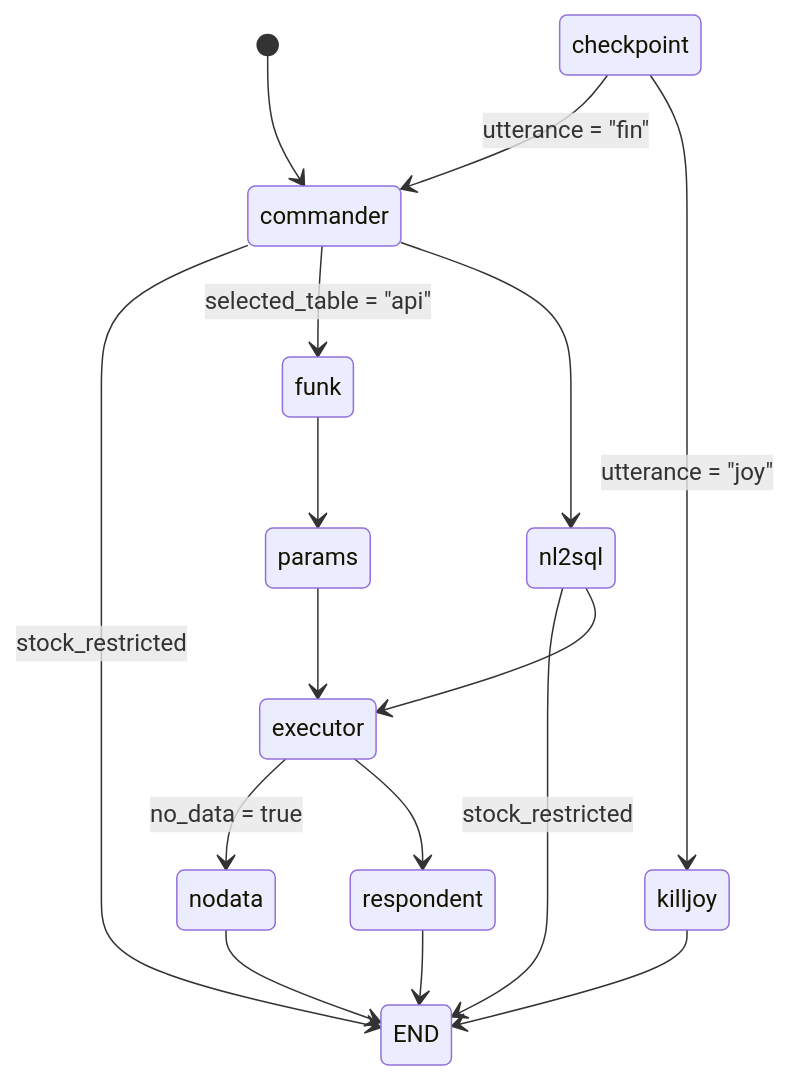
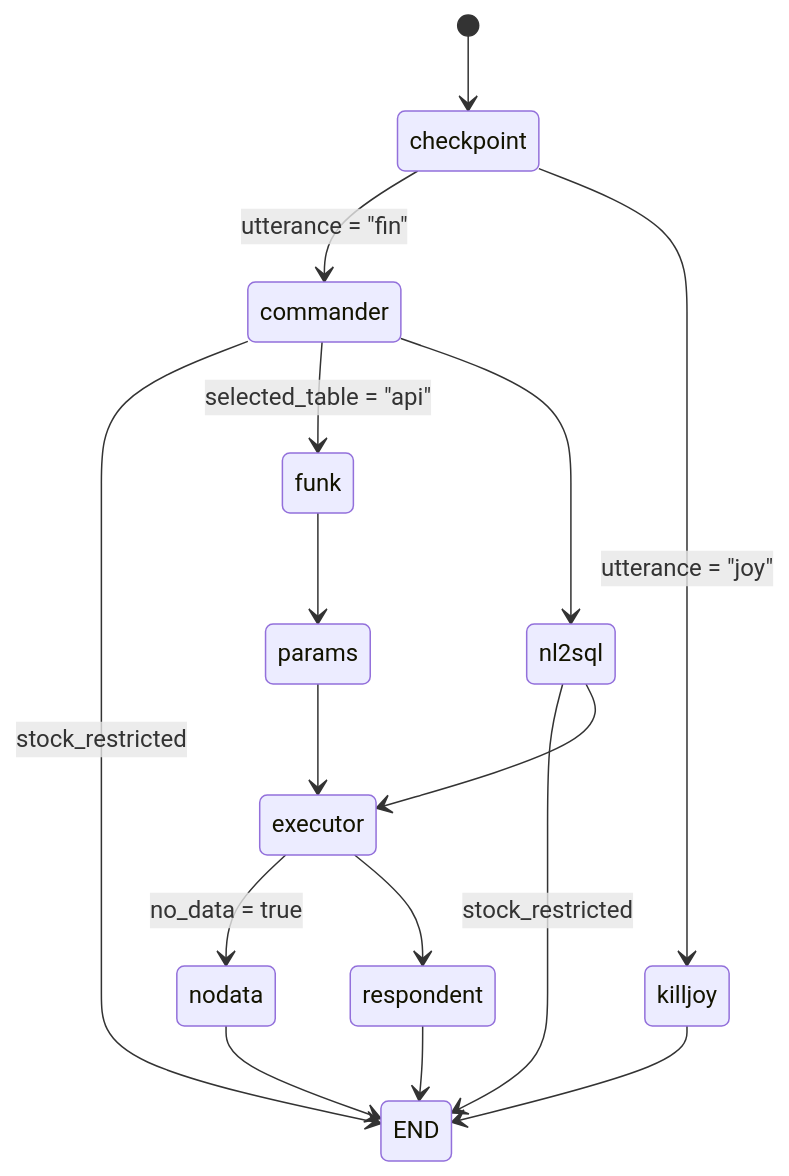
One commit to kangbw0420/QUVI changed the diagram in README.md. Above: the diagram before and after it, drawn with Mermaid.

Commit message:
viewtable trying33333._was

````diff
--- a/README.md
+++ b/README.md
@@ -7,24 +7,24 @@
 ```mermaid
 stateDiagram-v2
-    [*] --> commander
+    [*] --> checkpoint
 
     checkpoint --> commander: utterance = "fin"
     checkpoint --> killjoy: utterance = "joy"
     
     commander --> END: stock_restricted
     commander --> funk: selected_table = "api"
     commander --> nl2sql
     
     funk --> params
     params --> executor
     
     nl2sql --> END: stock_restricted
     nl2sql --> executor
     
     executor --> nodata: no_data = true
     executor --> respondent
     
     killjoy --> END
     nodata --> END
     respondent --> END
 ```
````
